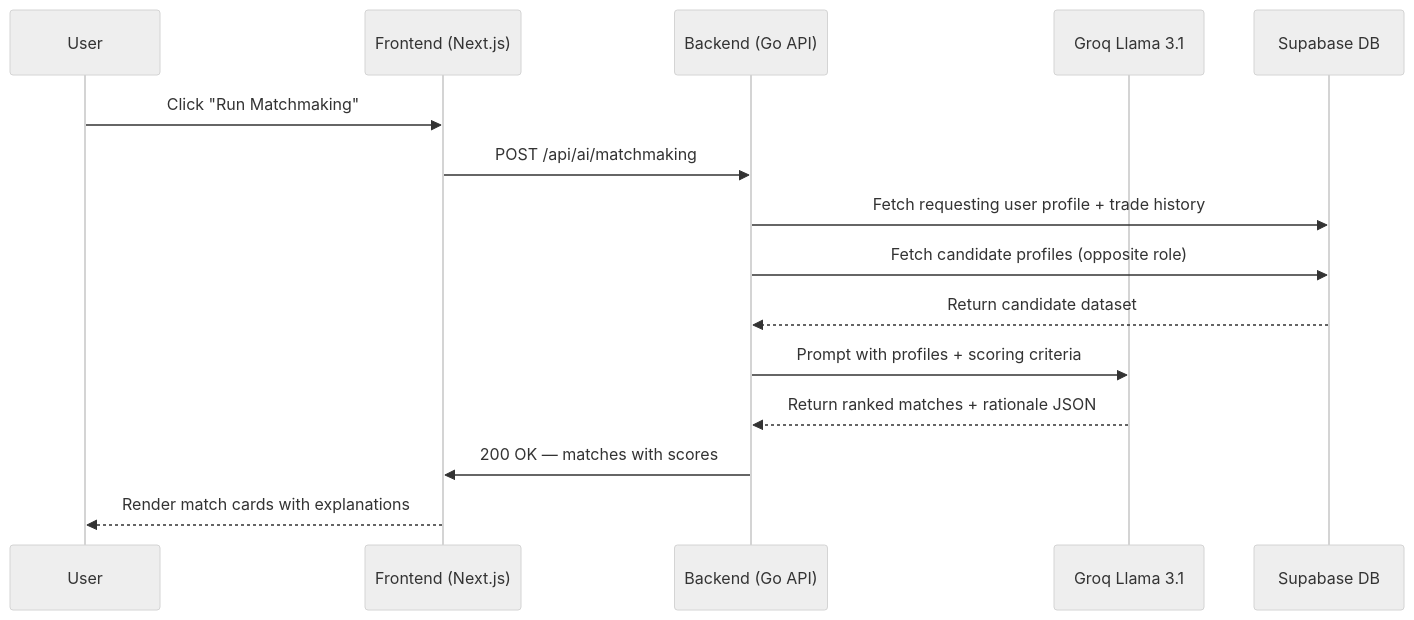
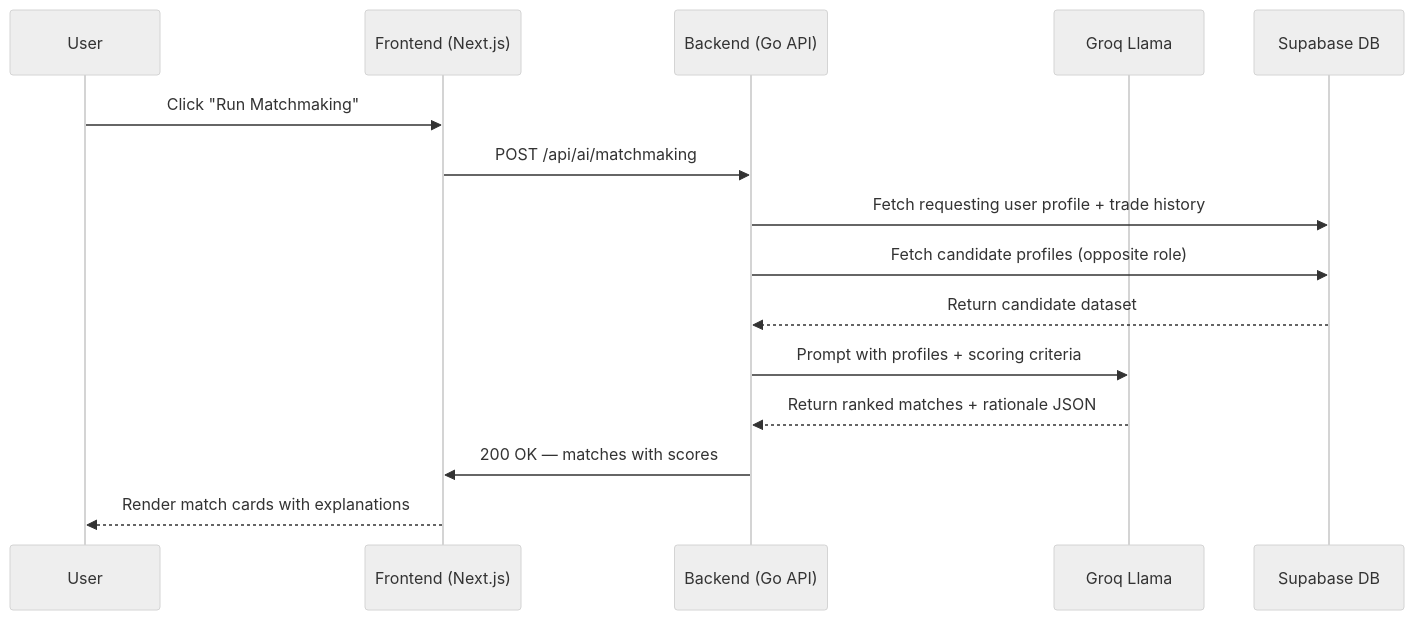
The fourth of 5 diagrams in README.md (wi5nuu/grawizah.com), drawn with Mermaid (neutral theme) before and after one commit. The commit also changed other lines of this file, not shown here.

Commit message:
Update AI engine version from Groq Llama 3.1 to 3.3

````diff
--- a/README.md
+++ b/README.md
@@ -201,18 +201,18 @@
 ```mermaid
 sequenceDiagram
     participant U as User
     participant F as Frontend (Next.js)
     participant B as Backend (Go API)
-    participant AI as Groq Llama 3.1
+    participant AI as Groq Llama 
     participant DB as Supabase DB
 
     U->>F: Click "Run Matchmaking"
     F->>B: POST /api/ai/matchmaking
     B->>DB: Fetch requesting user profile + trade history
     B->>DB: Fetch candidate profiles (opposite role)
     DB-->>B: Return candidate dataset
     B->>AI: Prompt with profiles + scoring criteria
     AI-->>B: Return ranked matches + rationale JSON
     B->>F: 200 OK — matches with scores
     F-->>U: Render match cards with explanations
 ```
````
